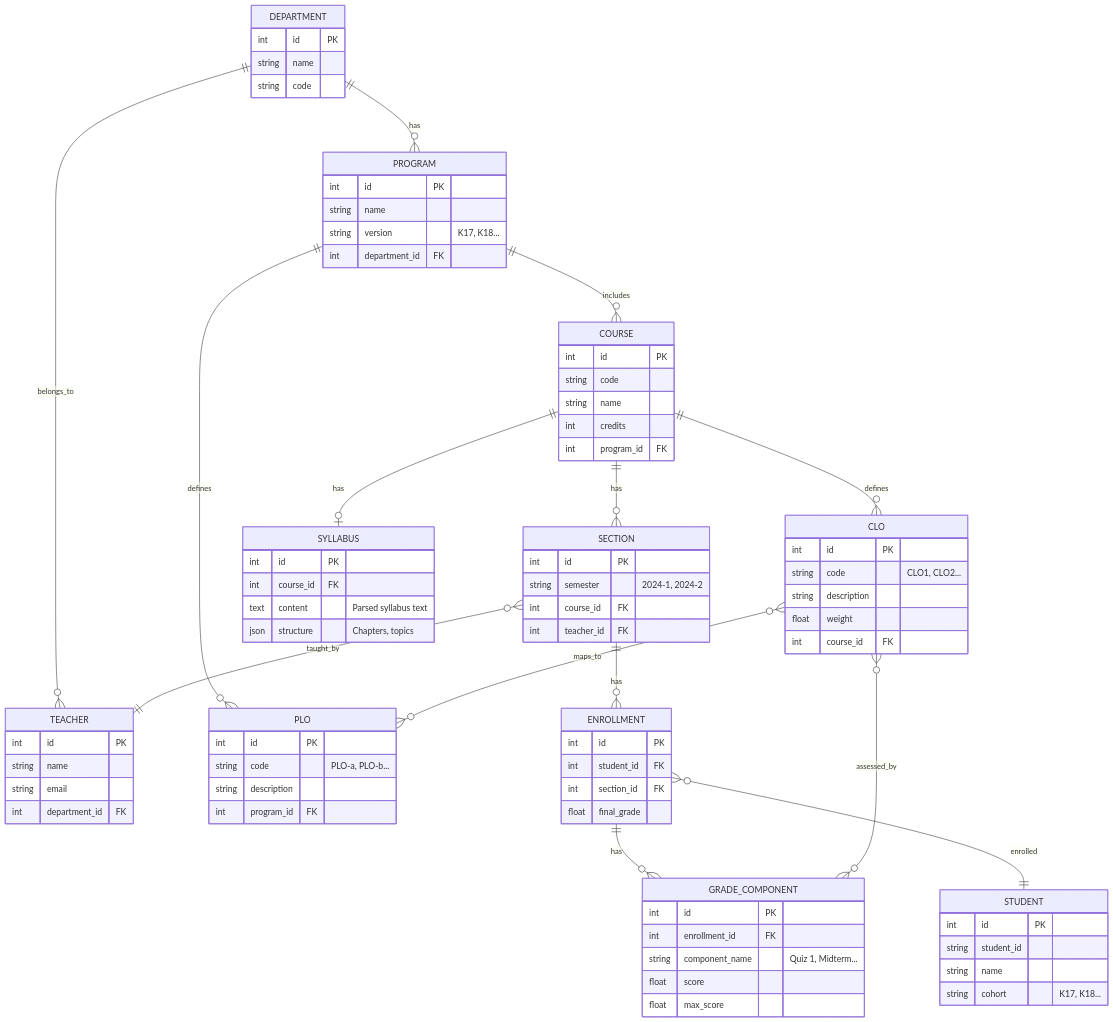
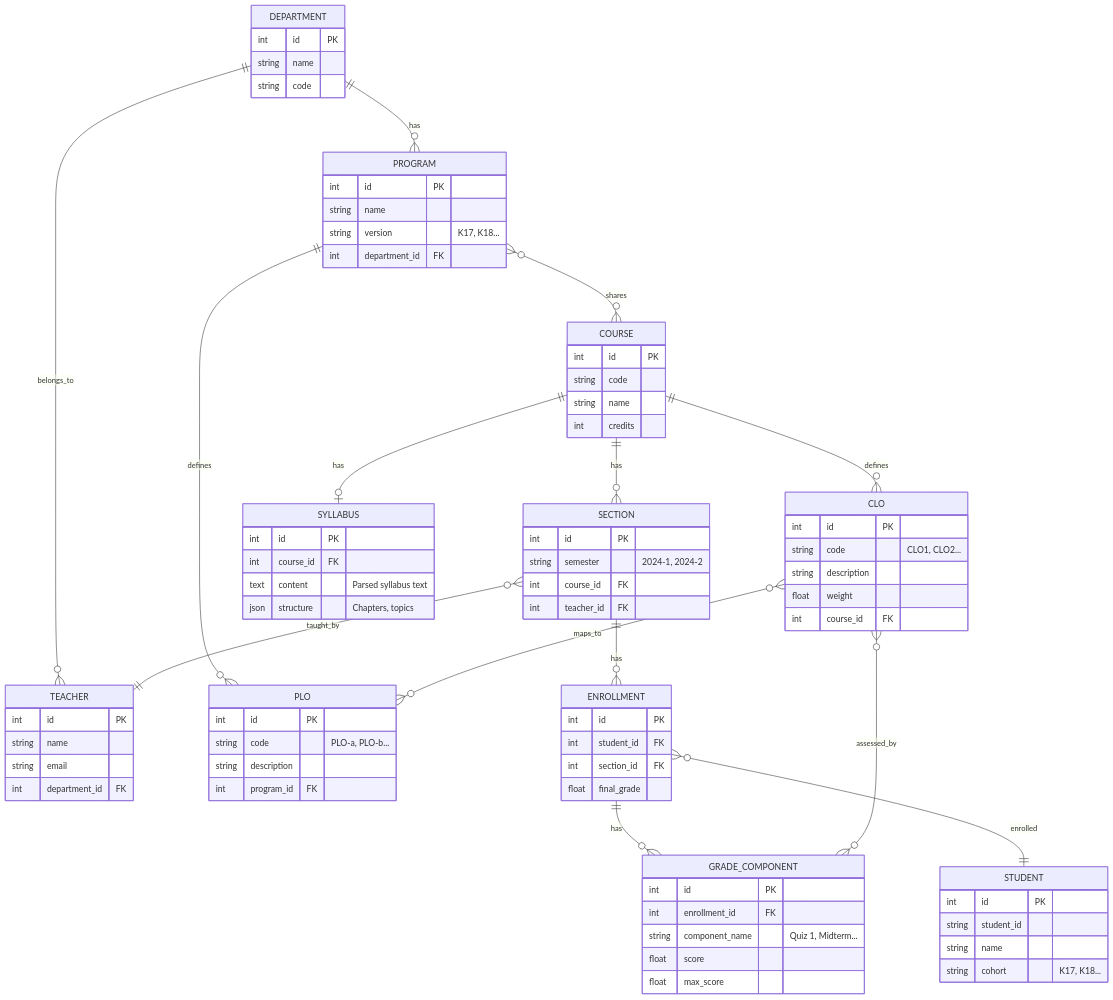
Before and after one commit to ritvien/-Learning-Analytics-AI: the fifth of 6 diagrams in docs/02-PRD/PRD.md, drawn with Mermaid. The commit also changed 6 other files, not shown here.

Commit message:
refactor(db): Change Program-Course to Many-to-Many mapping for Shared Courses

```diff
--- a/docs/02-PRD/PRD.md
+++ b/docs/02-PRD/PRD.md
@@ -302,7 +302,7 @@
 erDiagram
     DEPARTMENT ||--o{ PROGRAM : has
     DEPARTMENT ||--o{ TEACHER : belongs_to
-    PROGRAM ||--o{ COURSE : includes
+    PROGRAM }o--o{ COURSE : shares
     PROGRAM ||--o{ PLO : defines
     COURSE ||--o{ CLO : defines
     COURSE ||--o{ SECTION : has
@@ -330,7 +330,6 @@
         string code
         string name
         int credits
-        int program_id FK
     }
     SYLLABUS {
         int id PK
```
